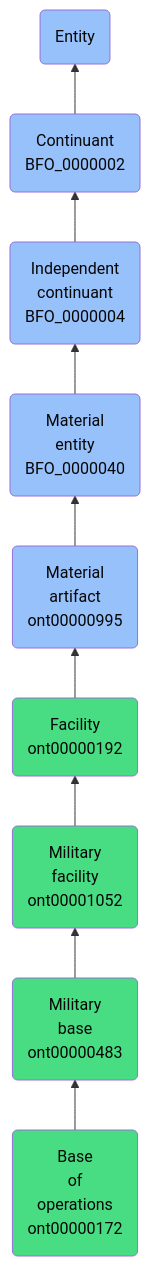
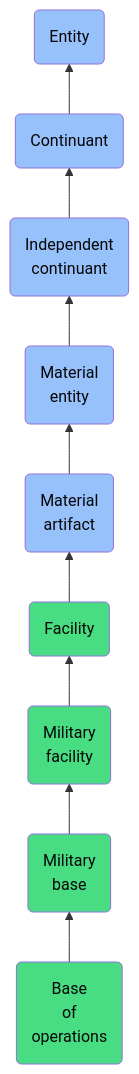
The diagram in docs/ontology/reference/model/Entity/Continuant/Independent continuant/Material entity/Material artifact/Facility/Military facility/Military base/Base of operations/Base of operations.md (jupyter-naas/abi), drawn with Mermaid before and after one commit. The commit also changed other lines of this file and 1430 other files, not shown here.

````diff
--- a/docs/ontology/reference/model/Entity/Continuant/Independent continuant/Material entity/Material artifact/Facility/Military facility/Military base/Base of operations/Base of operations.md
+++ b/docs/ontology/reference/model/Entity/Continuant/Independent continuant/Material entity/Material artifact/Facility/Military facility/Military base/Base of operations/Base of operations.md
@@ -24,16 +24,16 @@
 ```mermaid
 graph BT
-    ont00000172(Base<br>of<br>operations<br>ont00000172):::ABI-->ont00000483
-    ont00000483(Military<br>base<br>ont00000483):::ABI-->ont00001052
-    ont00001052(Military<br>facility<br>ont00001052):::ABI-->ont00000192
-    ont00000192(Facility<br>ont00000192):::ABI-->ont00000995
-    ont00000995(Material<br>artifact<br>ont00000995):::BFO-->BFO_0000040
-    BFO_0000040(Material<br>entity<br>BFO_0000040):::BFO-->BFO_0000004
-    BFO_0000004(Independent<br>continuant<br>BFO_0000004):::BFO-->BFO_0000002
-    BFO_0000002(Continuant<br>BFO_0000002):::BFO-->BFO_0000001
+    ont00000172(Base<br>of<br>operations):::ABI-->ont00000483
+    ont00000483(Military<br>base):::ABI-->ont00001052
+    ont00001052(Military<br>facility):::ABI-->ont00000192
+    ont00000192(Facility):::ABI-->ont00000995
+    ont00000995(Material<br>artifact):::BFO-->BFO_0000040
+    BFO_0000040(Material<br>entity):::BFO-->BFO_0000004
+    BFO_0000004(Independent<br>continuant):::BFO-->BFO_0000002
+    BFO_0000002(Continuant):::BFO-->BFO_0000001
     BFO_0000001(Entity):::BFO
     
     classDef BFO fill:#97c1fb,color:#060606
     classDef CCO fill:#e4c51e,color:#060606
     classDef ABI fill:#48DD82,color:#060606
 ```
````
